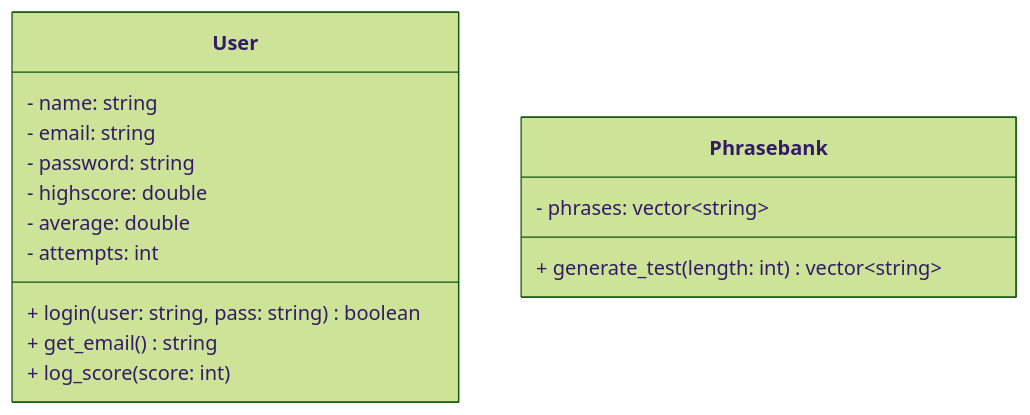
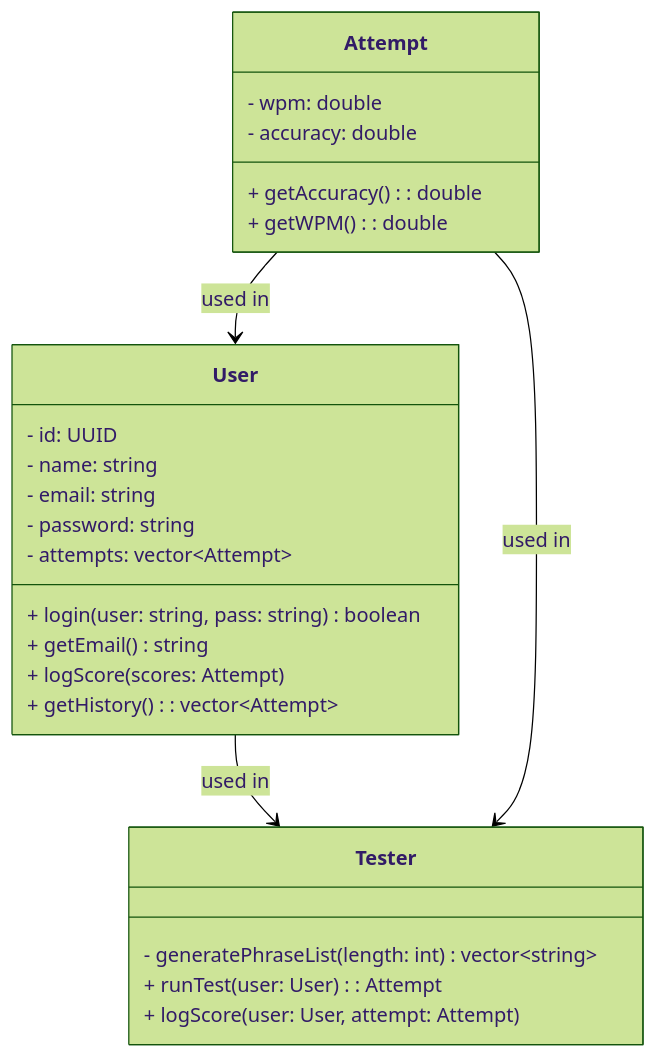
One commit to DatHypnoboi/tippitytappity-design changed the diagram in README.md. Above: the diagram before and after it, drawn with Mermaid (forest theme).

Commit message:
Update Data Model for updated requirements

````diff
--- a/README.md
+++ b/README.md
@@ -8,20 +8,31 @@
 ```mermaid
 classDiagram
+  User --> Tester : used in
+  Attempt --> Tester : used in
+  Attempt --> User : used in
   class User{
+        - id: UUID
         - name: string
         - email: string
         - password: string
-        - highscore: double
-        - average: double
-        - attempts: int
+        - attempts: vector~Attempt~
         + login(user: string, pass: string) boolean
-        + get_email() string
-        + log_score(score: int)
+        + getEmail() string
+        + logScore(scores: Attempt)
+        + getHistory() : vector~Attempt~
   }
 
-  class Phrasebank{
-        - phrases: vector~string~
-        + generate_test(length: int) vector~string~
-}
+  class Attempt{
+        - wpm: double
+        - accuracy: double
+        + getAccuracy() : double
+        + getWPM() : double
+  }
+
+  class Tester{
+        - generatePhraseList(length: int) vector~string~
+        + runTest(user: User) : Attempt
+        + logScore(user: User, attempt: Attempt)
+  }
 
 ```
````
